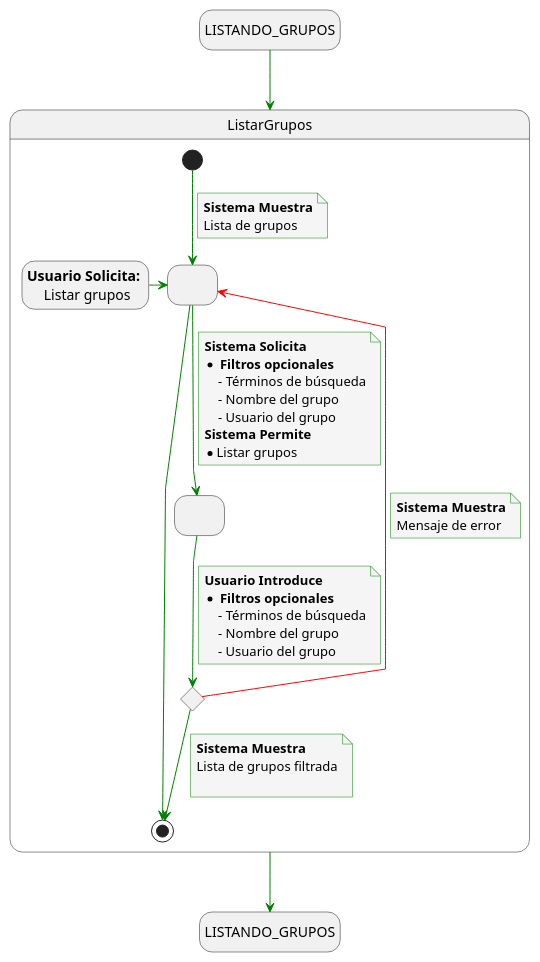
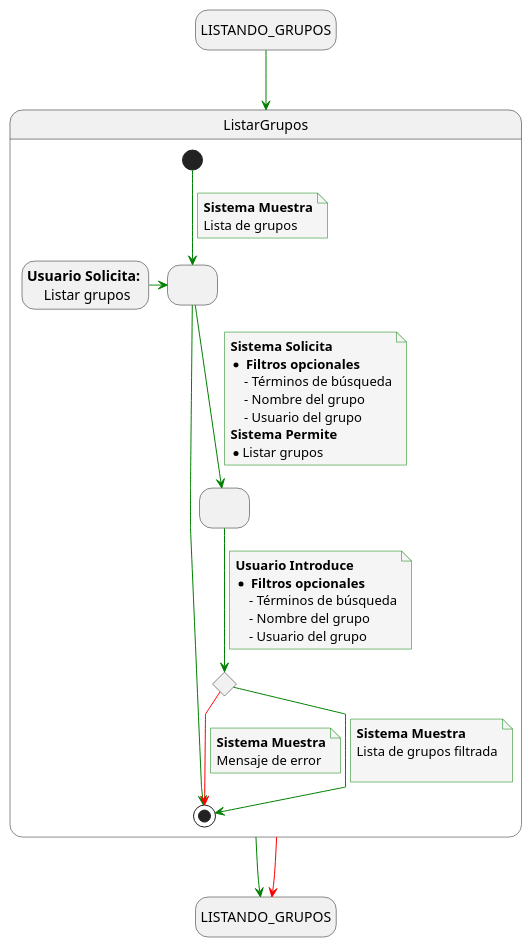
Before and after one commit to mmasias/24-25-IdSw1-SDR: the diagram in docs/casosDeUso/detalladoCasosDeUso/detalladoGrupos/detalladoListarGrupos.puml, drawn with PlantUML. The commit also changed 1 other file, not shown here.

Commit message:
FIX/ cambios en listar grupos

```diff
--- a/docs/casosDeUso/detalladoCasosDeUso/detalladoGrupos/detalladoListarGrupos.puml
+++ b/docs/casosDeUso/detalladoCasosDeUso/detalladoGrupos/detalladoListarGrupos.puml
@@ -1,66 +1,67 @@
 @startuml
 skinparam {
     NoteBackgroundColor #whiteSmoke
     ArrowColor #green
     NoteBorderColor #green
     linetype polyline
 }
 
 hide empty description
 
 state startState as "LISTANDO_GRUPOS"
 state endState as "LISTANDO_GRUPOS"
 
 startState --> ListarGrupos
 
 ListarGrupos --> endState
+ListarGrupos -[#red]-> endState
 
 state ListarGrupos {
     state solicitudFiltros as " "
     state envioFiltros as " "
     state revisionFiltrosEnviados <<choice>>
     state usuarioSolicita as "<b>Usuario Solicita:</b> \n Listar grupos"
 
     usuarioSolicita -> solicitudFiltros
     [*] --> solicitudFiltros
     note on link
         <b>Sistema Muestra</b>
         Lista de grupos
     end note
 
     solicitudFiltros -r-> [*]
 
     solicitudFiltros --> envioFiltros
     note on link
         <b>Sistema Solicita</b>
         * <b> Filtros opcionales </b>
             - Términos de búsqueda
             - Nombre del grupo
             - Usuario del grupo
         <b>Sistema Permite</b>
         * Listar grupos
     end note
 
     envioFiltros --> revisionFiltrosEnviados
     note on link
         <b>Usuario Introduce</b>
         * <b> Filtros opcionales </b>
             - Términos de búsqueda
             - Nombre del grupo
             - Usuario del grupo
     end note
 
-    revisionFiltrosEnviados -[#red]-> solicitudFiltros
+    revisionFiltrosEnviados -[#red]-> [*]
     note on link
         <b>Sistema Muestra</b>
         Mensaje de error
     end note
 
     revisionFiltrosEnviados --> [*]
     note on link
         <b>Sistema Muestra</b>
         Lista de grupos filtrada
 
     end note
 }
 @enduml
```
